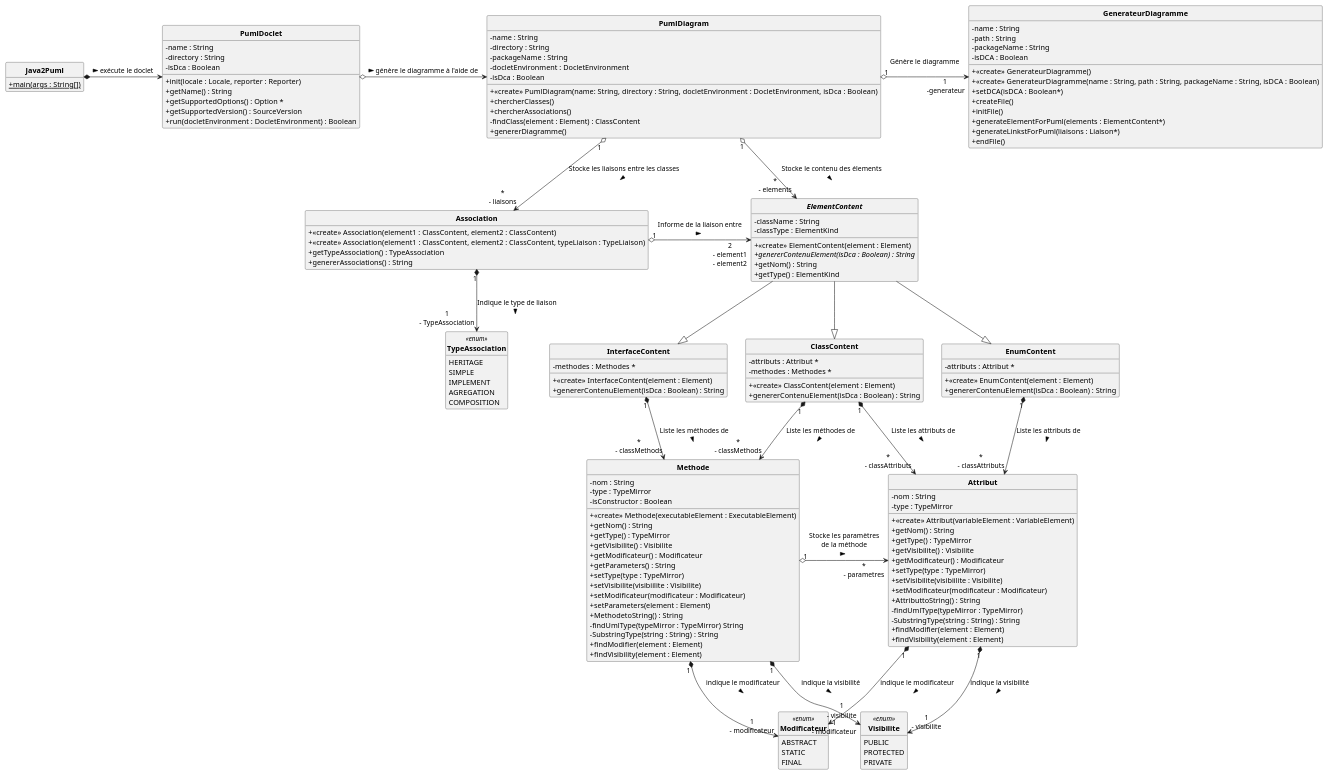
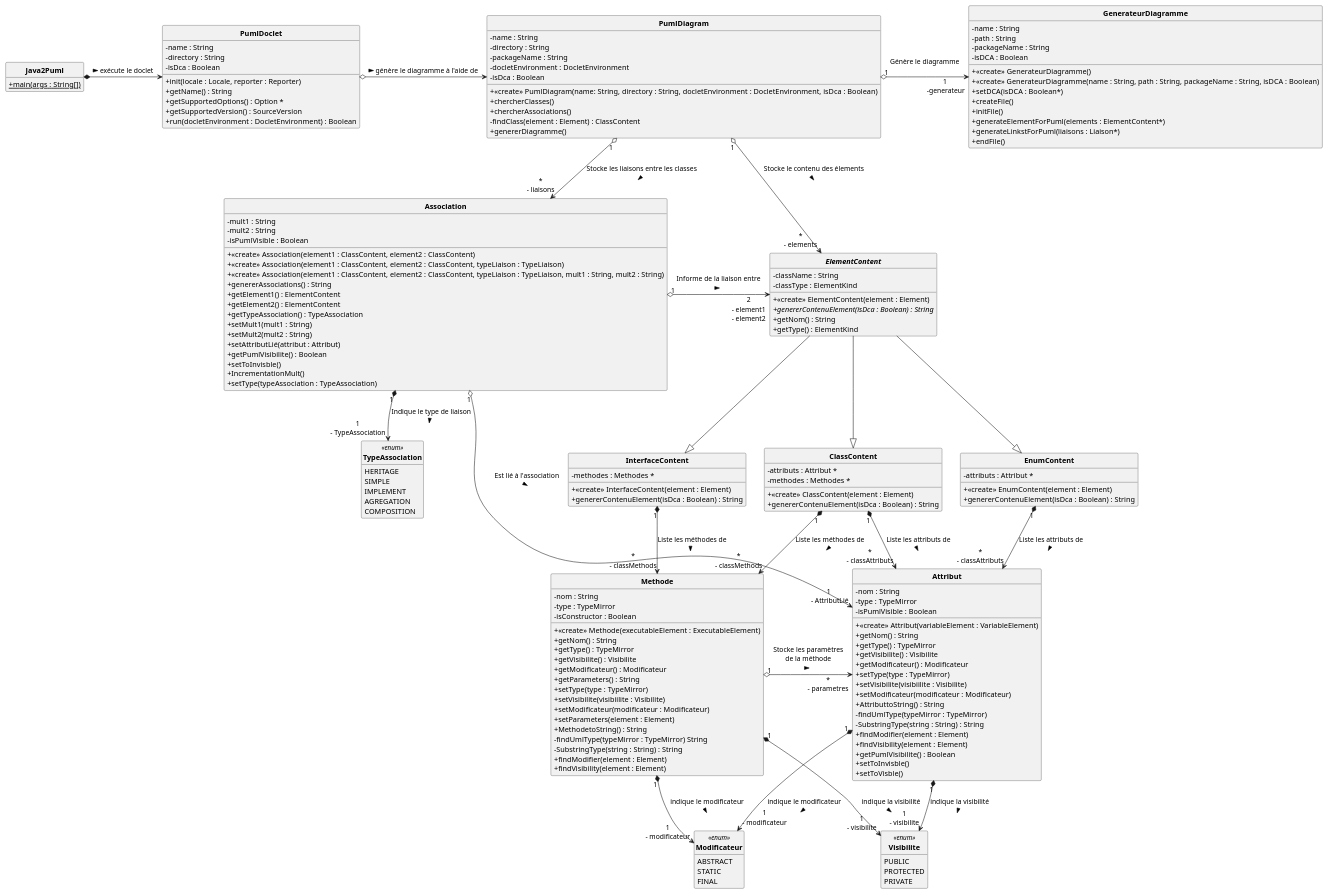
Before and after one commit to DimToups/Java-to-PUML-converter: the diagram in uml/pumlFromJavaDCC.puml, drawn with PlantUML. The commit also changed 19 other files, not shown here.

```diff
--- a/uml/pumlFromJavaDCC.puml
+++ b/uml/pumlFromJavaDCC.puml
@@ -1,154 +1,172 @@
 @startuml
 'https://plantuml.com/class-diagram
 
 skinparam style strictuml
 skinparam classAttributeIconSize 0
 skinparam classFontStyle Bold
 
 hide empty members
 
 class Java2Puml{
     + main(args : String[]) {static}
 }
 class PumlDoclet{
     - name : String
     - directory : String
     - isDca : Boolean
     + init(locale : Locale, reporter : Reporter)
     + getName() : String
     + getSupportedOptions() : Option *
     + getSupportedVersion() : SourceVersion
     + run(docletEnvironment : DocletEnvironment) : Boolean
 }
 class PumlDiagram{
     - name : String
     - directory : String
     - packageName : String
     - docletEnvironment : DocletEnvironment
     - isDca : Boolean
     + <<create>> PumlDiagram(name: String, directory : String, docletEnvironment : DocletEnvironment, isDca : Boolean)
     + chercherClasses()
     + chercherAssociations()
     - findClass(element : Element) : ClassContent
     + genererDiagramme()
 }
 abstract class ElementContent{
     - className : String
     - classType : ElementKind
     + <<create>> ElementContent(element : Element)
     + genererContenuElement(isDca : Boolean) : String {abstract}
     + getNom() : String
     + getType() : ElementKind
 }
 class EnumContent{
     - attributs : Attribut *
     + <<create>> EnumContent(element : Element)
     + genererContenuElement(isDca : Boolean) : String
 }
 class ClassContent{
     - attributs : Attribut *
     - methodes : Methodes *
     + <<create>> ClassContent(element : Element)
     + genererContenuElement(isDca : Boolean) : String
 }
 class InterfaceContent{
     - methodes : Methodes *
     + <<create>> InterfaceContent(element : Element)
     + genererContenuElement(isDca : Boolean) : String
 }
 class Attribut{
     - nom : String
     - type : TypeMirror
+    - isPumlVisible : Boolean
     + <<create>> Attribut(variableElement : VariableElement)
     + getNom() : String
     + getType() : TypeMirror
     + getVisibilite() : Visibilite
     + getModificateur() : Modificateur
     + setType(type : TypeMirror)
     + setVisibilite(visibiilite : Visibilite)
     + setModificateur(modificateur : Modificateur)
     + AttributtoString() : String
     - findUmlType(typeMirror : TypeMirror)
     - SubstringType(string : String) : String
     + findModifier(element : Element)
     + findVisibility(element : Element)
+    + getPumlVisibilite() : Boolean
+    + setToInvisble()
+    + setToVisble()
 }
 class Methode{
     - nom : String
     - type : TypeMirror
     - isConstructor : Boolean
     + <<create>> Methode(executableElement : ExecutableElement)
     + getNom() : String
     + getType() : TypeMirror
     + getVisibilite() : Visibilite
     + getModificateur() : Modificateur
     + getParameters() : String
     + setType(type : TypeMirror)
     + setVisibilite(visibiilite : Visibilite)
     + setModificateur(modificateur : Modificateur)
     + setParameters(element : Element)
     + MethodetoString() : String
     - findUmlType(typeMirror : TypeMirror) String
     - SubstringType(string : String) : String
     + findModifier(element : Element)
     + findVisibility(element : Element)
 }
 enum Modificateur <<enum>>{
     ABSTRACT
     STATIC
     FINAL
 }
 class Association{
+    - mult1 : String
+    - mult2 : String
+    - isPumlVisible : Boolean
     + <<create>> Association(element1 : ClassContent, element2 : ClassContent)
     + <<create>> Association(element1 : ClassContent, element2 : ClassContent, typeLiaison : TypeLiaison)
+    + <<create>> Association(element1 : ClassContent, element2 : ClassContent, typeLiaison : TypeLiaison, mult1 : String, mult2 : String)
+    + genererAssociations() : String
+    + getElement1() : ElementContent
+    + getElement2() : ElementContent
     + getTypeAssociation() : TypeAssociation
-    + genererAssociations() : String
+    + setMult1(mult1 : String)
+    + setMult2(mult2 : String)
+    + setAttributLié(attribut : Attribut)
+    + getPumlVisibilite() : Boolean
+    + setToInvisble()
+    + IncrementationMult()
+    + setType(typeAssociation : TypeAssociation)
 }
 enum TypeAssociation <<enum>>{
     HERITAGE
     SIMPLE
     IMPLEMENT
     AGREGATION
     COMPOSITION
 }
 enum Visibilite <<enum>>{
     PUBLIC
     PROTECTED
     PRIVATE
 }
 class GenerateurDiagramme{
     - name : String
     - path : String
     - packageName : String
     - isDCA : Boolean
     + <<create>> GenerateurDiagramme()
     + <<create>> GenerateurDiagramme(name : String, path : String, packageName : String, isDCA : Boolean)
     + setDCA(isDCA : Boolean*)
     + createFile()
     + initFile()
     + generateElementForPuml(elements : ElementContent*)
     + generateLinkstForPuml(liaisons : Liaison*)
     + endFile()
 }
 
 Java2Puml *-> PumlDoclet : > exécute le doclet
 PumlDoclet o-> PumlDiagram : > génère le diagramme à l'aide de
 PumlDiagram "1" o-> "1\n -generateur" GenerateurDiagramme : Génère le diagramme\n
 PumlDiagram "1" o-> "*\n- elements" ElementContent : Stocke le contenu des élements\n >
 PumlDiagram "1" o--> "*\n- liaisons" Association : Stocke les liaisons entre les classes\n >
 ElementContent --|> ClassContent
 ElementContent --|> EnumContent
 ElementContent --|> InterfaceContent
 ClassContent "1" *--> "*\n- classAttributs" Attribut : Liste les attributs de\n >
 ClassContent "1" *--> "*\n- classMethods" Methode : Liste les méthodes de\n >
 EnumContent "1" *--> "*\n- classAttributs" Attribut : Liste les attributs de\n >
 InterfaceContent "1" *--> "*\n- classMethods" Methode : Liste les méthodes de\n >
 Attribut "1" *--> "1\n- visibilite" Visibilite : indique la visibilité\n >
 Methode "1" *--> "1\n- visibilite" Visibilite : indique la visibilité\n >
 Attribut "1" *--> "1\n- modificateur" Modificateur : indique le modificateur\n >
 Methode "1" *--> "1\n- modificateur" Modificateur : indique le modificateur\n >
 Methode "1" o-> "*\n- parametres" Attribut : Stocke les paramètres\nde la méthode\n >
 Association "1" o-> "2\n- element1\n- element2" ElementContent : Informe de la liaison entre\n >
 Association "1" *--> "1\n- TypeAssociation" TypeAssociation : Indique le type de liaison\n >
+Association "1" o--> "1\n - AttributLié" Attribut : Est lié à l'association\n >
 
 @enduml
```
